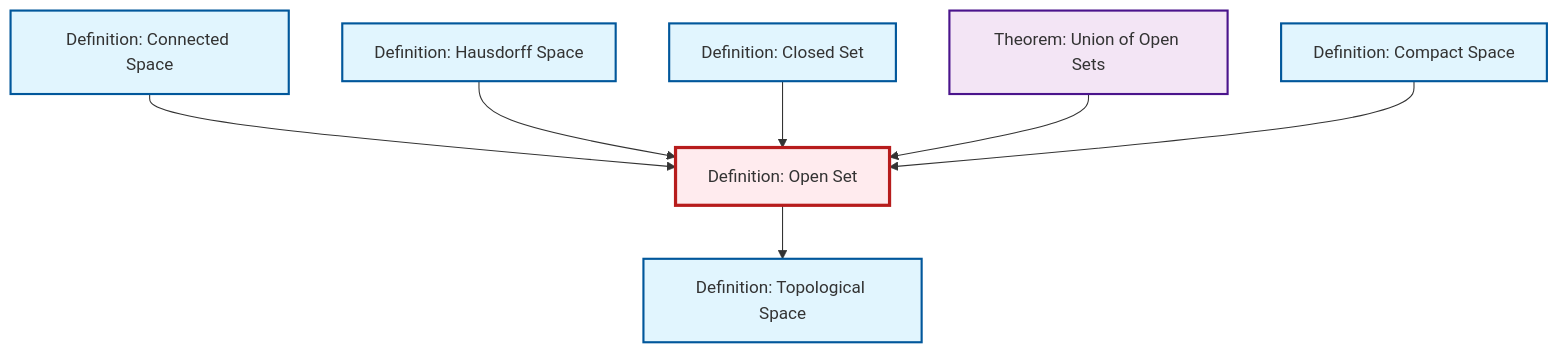
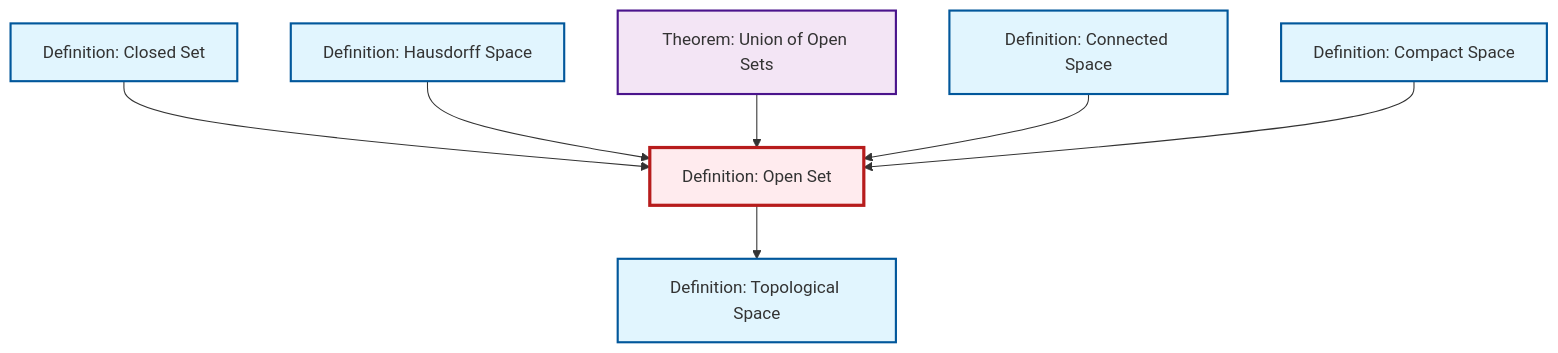
Before and after one commit to RK0429/ModernMath: the diagram in output/mermaid/def-open-set.mermaid, drawn with Mermaid. The commit also changed other lines of this file and 1115 other files, not shown here.

````diff
--- a/output/mermaid/def-open-set.mermaid
+++ b/output/mermaid/def-open-set.mermaid
@@ -1,23 +1,23 @@
 ```{mermaid}
 %%| fig-cap: "Local dependency graph"
 graph TD
     classDef definition fill:#e1f5fe,stroke:#01579b,stroke-width:2px
     classDef theorem fill:#f3e5f5,stroke:#4a148c,stroke-width:2px
     classDef axiom fill:#fff3e0,stroke:#e65100,stroke-width:2px
     classDef example fill:#e8f5e9,stroke:#1b5e20,stroke-width:2px
     classDef current fill:#ffebee,stroke:#b71c1c,stroke-width:3px
+    def-closed-set["Definition: Closed Set"]:::definition
+    def-open-set["Definition: Open Set"]:::definition
+    def-connected["Definition: Connected Space"]:::definition
+    def-compact["Definition: Compact Space"]:::definition
+    def-topological-space["Definition: Topological Space"]:::definition
     thm-union-open-sets["Theorem: Union of Open Sets"]:::theorem
-    def-compact["Definition: Compact Space"]:::definition
     def-hausdorff["Definition: Hausdorff Space"]:::definition
-    def-closed-set["Definition: Closed Set"]:::definition
-    def-topological-space["Definition: Topological Space"]:::definition
-    def-connected["Definition: Connected Space"]:::definition
-    def-open-set["Definition: Open Set"]:::definition
+    def-closed-set --> def-open-set
+    def-hausdorff --> def-open-set
+    def-open-set --> def-topological-space
+    thm-union-open-sets --> def-open-set
     def-connected --> def-open-set
-    def-hausdorff --> def-open-set
-    def-closed-set --> def-open-set
-    thm-union-open-sets --> def-open-set
-    def-open-set --> def-topological-space
     def-compact --> def-open-set
     class def-open-set current
 ```
````
